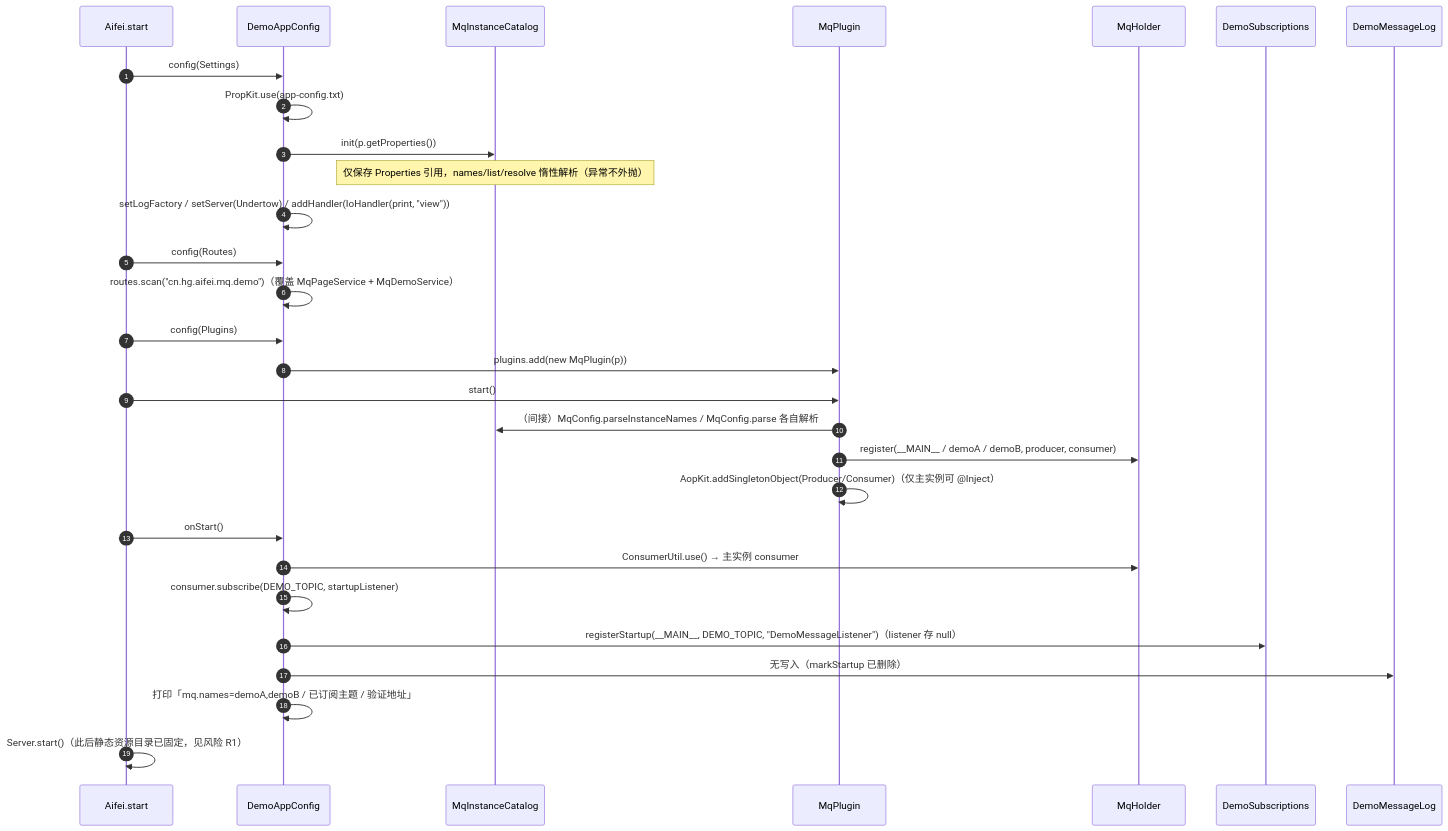
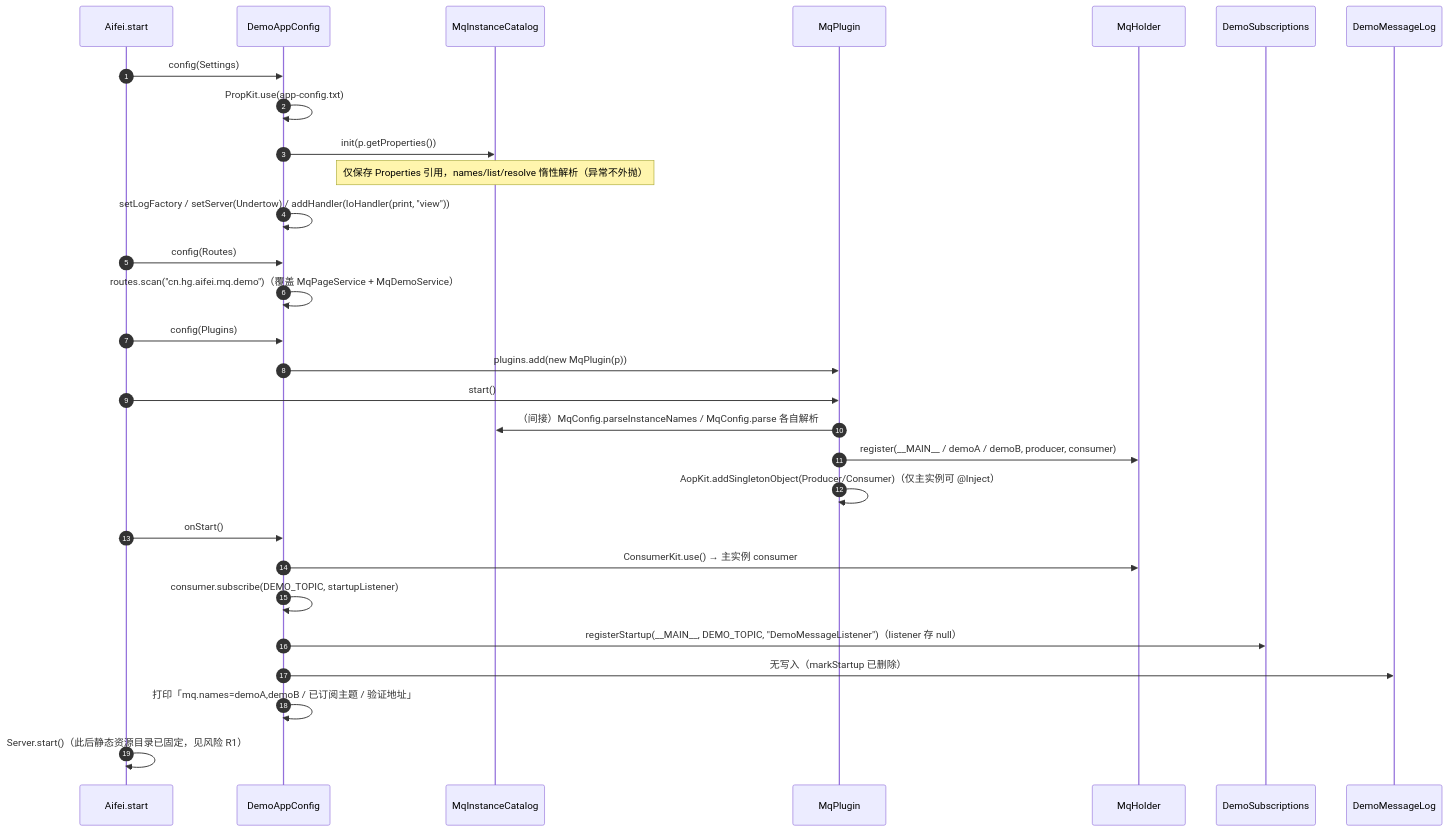
Before and after one commit to gollyhu/aifei-eco-modules: the fifth of 6 diagrams in aifei-mq-demo/docs/aifei-mq-demo/design.md, drawn with Mermaid. The commit also changed other lines of this file and 87 other files, not shown here.

Commit message:
aifei-cache 将 CacheUtil/CounterUtil 门面更名为 CacheKit/CounterKit，同步设计文档与相关注释

````diff
--- a/aifei-mq-demo/docs/aifei-mq-demo/design.md
+++ b/aifei-mq-demo/docs/aifei-mq-demo/design.md
@@ -389,32 +389,32 @@
 ```mermaid
 sequenceDiagram
     autonumber
     participant A as Aifei.start
     participant CFG as DemoAppConfig
     participant CAT as MqInstanceCatalog
     participant PLG as MqPlugin
     participant HLD as MqHolder
     participant SUB as DemoSubscriptions
     participant LOG as DemoMessageLog
 
     A->>CFG: config(Settings)
     CFG->>CFG: PropKit.use(app-config.txt)
     CFG->>CAT: init(p.getProperties())
     Note over CAT: 仅保存 Properties 引用，names/list/resolve 惰性解析（异常不外抛）
     CFG->>CFG: setLogFactory / setServer(Undertow) / addHandler(IoHandler(print, "view"))
     A->>CFG: config(Routes)
     CFG->>CFG: routes.scan("cn.hg.aifei.mq.demo")（覆盖 MqPageService + MqDemoService）
     A->>CFG: config(Plugins)
     CFG->>PLG: plugins.add(new MqPlugin(p))
     A->>PLG: start()
     PLG->>CAT: （间接）MqConfig.parseInstanceNames / MqConfig.parse 各自解析
     PLG->>HLD: register(__MAIN__ / demoA / demoB, producer, consumer)
     PLG->>PLG: AopKit.addSingletonObject(Producer/Consumer)（仅主实例可 @Inject）
     A->>CFG: onStart()
-    CFG->>HLD: ConsumerUtil.use() → 主实例 consumer
+    CFG->>HLD: ConsumerKit.use() → 主实例 consumer
     CFG->>CFG: consumer.subscribe(DEMO_TOPIC, startupListener)
     CFG->>SUB: registerStartup(__MAIN__, DEMO_TOPIC, "DemoMessageListener")（listener 存 null）
     CFG->>LOG: 无写入（markStartup 已删除）
     CFG->>CFG: 打印「mq.names=demoA,demoB / 已订阅主题 / 验证地址」
     A->>A: Server.start()（此后静态资源目录已固定，见风险 R1）
 ```
````
